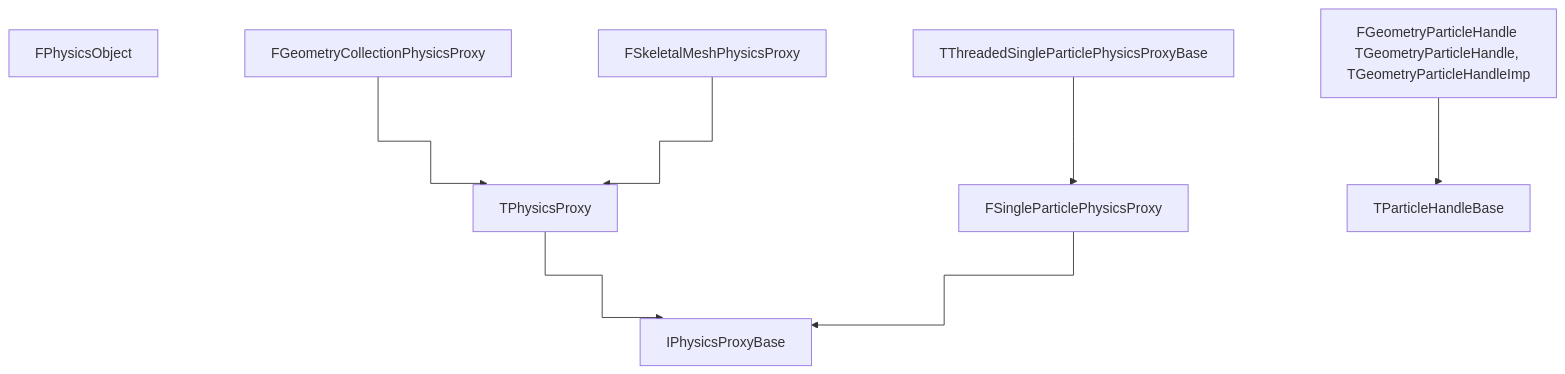
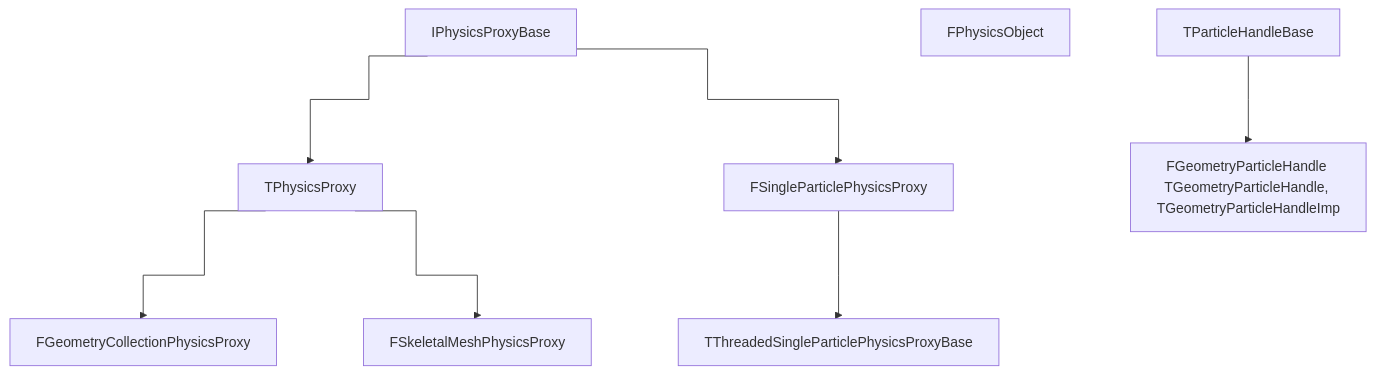
The diagram in content/Unreal Engine/Physics/Types/Physics types.md (hzFishy/UnrealNotes), drawn with Mermaid before and after one commit. The commit also changed 8 other files, not shown here.

````diff
--- a/content/Unreal Engine/Physics/Types/Physics types.md
+++ b/content/Unreal Engine/Physics/Types/Physics types.md
@@ -8,11 +8,12 @@
 ```mermaid
 flowchart TD
 %%{ init : {'flowchart': {'nodeSpacing': 100, 'rankSpacing': 100, "curve" : "step"}} }%%
-    TPhysicsProxy --> IPhysicsProxyBase
-    FSingleParticlePhysicsProxy --> IPhysicsProxyBase
+
+    IPhysicsProxyBase --> TPhysicsProxy
+    IPhysicsProxyBase --> FSingleParticlePhysicsProxy
     FPhysicsObject
-    FGeometryCollectionPhysicsProxy --> TPhysicsProxy
-    TThreadedSingleParticlePhysicsProxyBase --> FSingleParticlePhysicsProxy
-    FGeometryParticleHandle[FGeometryParticleHandle TGeometryParticleHandle, TGeometryParticleHandleImp] --> TParticleHandleBase
-    FSkeletalMeshPhysicsProxy --> TPhysicsProxy
+    TPhysicsProxy --> FGeometryCollectionPhysicsProxy
+    FSingleParticlePhysicsProxy --> TThreadedSingleParticlePhysicsProxyBase
+    TParticleHandleBase --> FGeometryParticleHandle[FGeometryParticleHandle TGeometryParticleHandle, TGeometryParticleHandleImp]
+    TPhysicsProxy --> FSkeletalMeshPhysicsProxy
 ```
````
